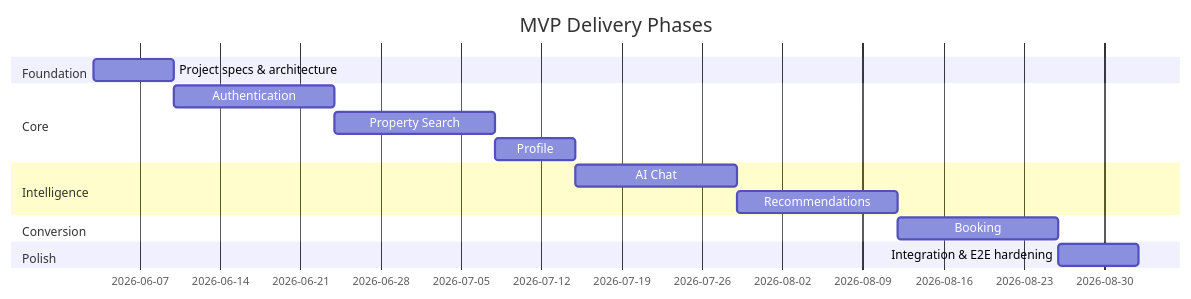
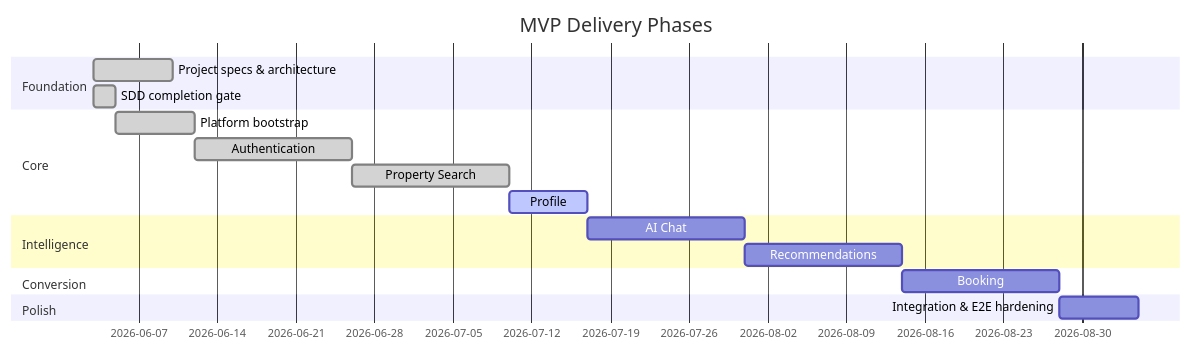
Before and after one commit to Mostafa-Aboheaba/Real_Estate_Egypt: the diagram in tasks/roadmap.md, drawn with Mermaid. The commit also changed other lines of this file and 99 other files, not shown here.

First line of the commit message:
Update project status and enhance user profile features

````diff
--- a/tasks/roadmap.md
+++ b/tasks/roadmap.md
@@ -23,18 +23,20 @@
 ```mermaid
 gantt
     title MVP Delivery Phases
     dateFormat  YYYY-MM-DD
     section Foundation
-    Project specs & architecture     :p0, 2026-06-03, 7d
+    Project specs & architecture     :done, p0, 2026-06-03, 7d
+    SDD completion gate              :done, p0b, 2026-06-03, 2d
     section Core
-    Authentication                   :p1, after p0, 14d
-    Property Search                  :p2, after p1, 14d
-    Profile                          :p3, after p2, 7d
+    Platform bootstrap               :done, p0c, after p0b, 7d
+    Authentication                   :done, p1, after p0c, 14d
+    Property Search                  :done, p2, after p1, 14d
+    Profile                          :active, p3, after p2, 7d
     section Intelligence
     AI Chat                          :p4, after p3, 14d
     Recommendations                  :p5, after p4, 14d
     section Conversion
     Booking                          :p6, after p5, 14d
     section Polish
     Integration & E2E hardening      :p7, after p6, 7d
 ```
````
